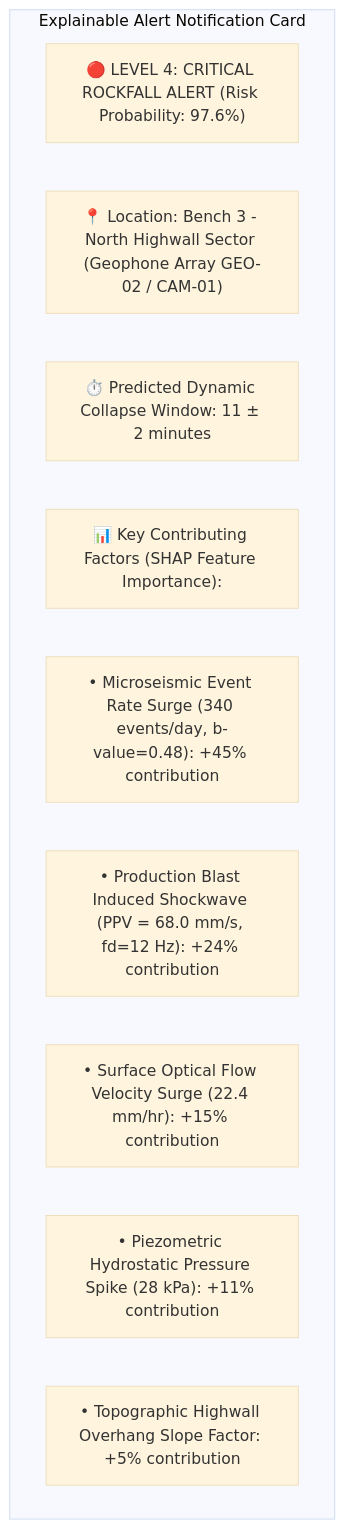
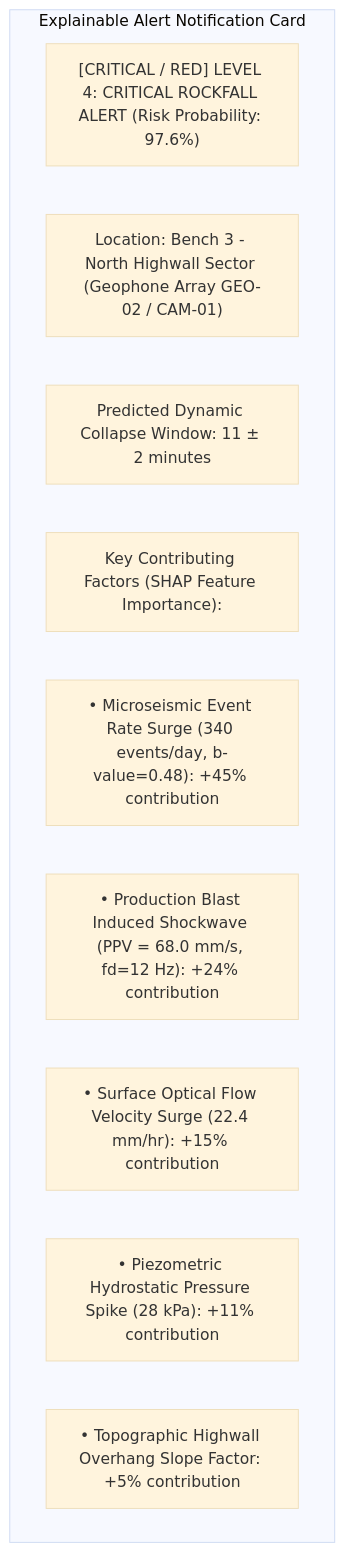
The sixth of 8 diagrams in docs/16_Seismic_Vibration_Sensors.md (angelverman2021-a11y/Report), drawn with Mermaid (base theme) before and after one commit. The commit also changed other lines of this file and 32 other files, not shown here.

````diff
--- a/docs/16_Seismic_Vibration_Sensors.md
+++ b/docs/16_Seismic_Vibration_Sensors.md
@@ -352,14 +352,14 @@
 ```mermaid
 graph TD
-    subgraph Explainable Alert Notification Card
-        A["🔴 LEVEL 4: CRITICAL ROCKFALL ALERT (Risk Probability: 97.6%)"]
-        B["📍 Location: Bench 3 - North Highwall Sector (Geophone Array GEO-02 / CAM-01)"]
-        C["⏱️ Predicted Dynamic Collapse Window: 11 ± 2 minutes"]
-        D["📊 Key Contributing Factors (SHAP Feature Importance):"]
-        D1["• Microseismic Event Rate Surge (340 events/day, b-value=0.48): +45% contribution"]
-        D2["• Production Blast Induced Shockwave (PPV = 68.0 mm/s, fd=12 Hz): +24% contribution"]
-        D3["• Surface Optical Flow Velocity Surge (22.4 mm/hr): +15% contribution"]
-        D4["• Piezometric Hydrostatic Pressure Spike (28 kPa): +11% contribution"]
-        D5["• Topographic Highwall Overhang Slope Factor: +5% contribution"]
-    end
+ subgraph Explainable Alert Notification Card
+ A["[CRITICAL / RED] LEVEL 4: CRITICAL ROCKFALL ALERT (Risk Probability: 97.6%)"]
+ B[" Location: Bench 3 - North Highwall Sector (Geophone Array GEO-02 / CAM-01)"]
+ C[" Predicted Dynamic Collapse Window: 11 ± 2 minutes"]
+ D[" Key Contributing Factors (SHAP Feature Importance):"]
+ D1["• Microseismic Event Rate Surge (340 events/day, b-value=0.48): +45% contribution"]
+ D2["• Production Blast Induced Shockwave (PPV = 68.0 mm/s, fd=12 Hz): +24% contribution"]
+ D3["• Surface Optical Flow Velocity Surge (22.4 mm/hr): +15% contribution"]
+ D4["• Piezometric Hydrostatic Pressure Spike (28 kPa): +11% contribution"]
+ D5["• Topographic Highwall Overhang Slope Factor: +5% contribution"]
+ end
 ```
````
